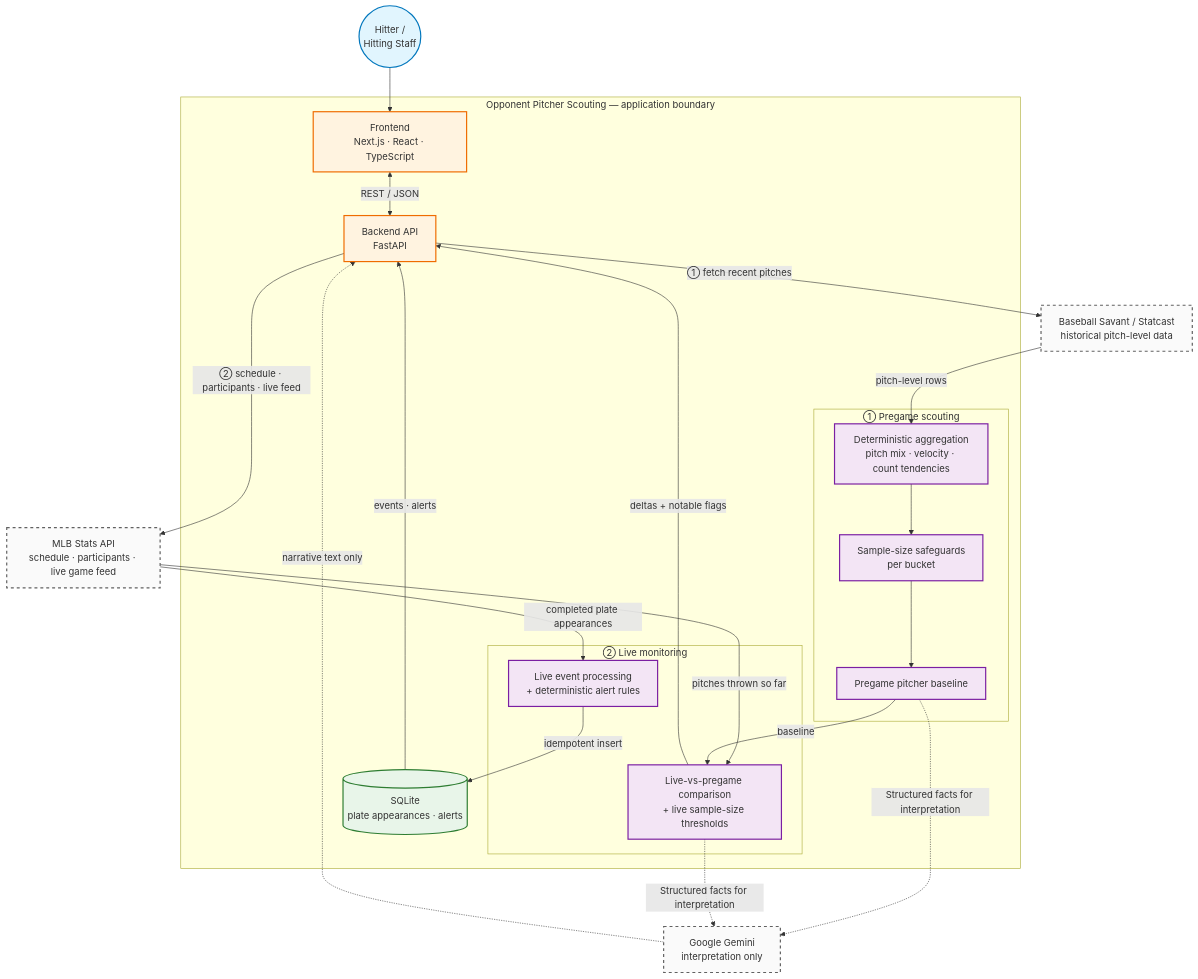
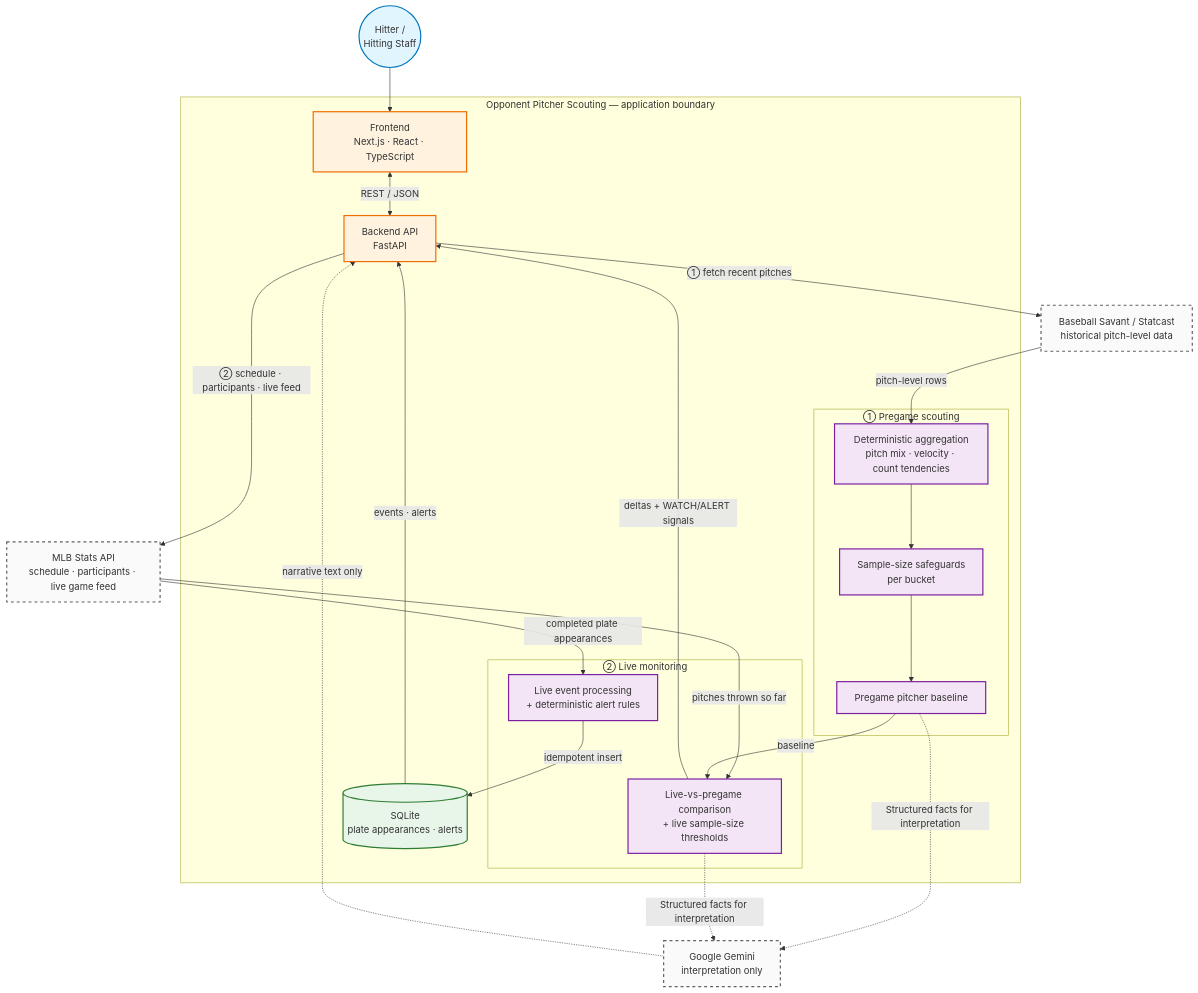
One commit to kaohaohan/opponent-pitcher-scouting changed the diagram in README.md. Above: the diagram before and after it, drawn with Mermaid. The commit also changed other lines of this file, not shown here.

First line of the commit message:
docs: reframe README around the live Player Watch redesign

````diff
--- a/README.md
+++ b/README.md
@@ -49,51 +52,51 @@
 ```mermaid
 flowchart TB
     classDef user fill:#E1F5FE,stroke:#0277BD,stroke-width:2px;
     classDef system fill:#FFF3E0,stroke:#EF6C00,stroke-width:2px;
     classDef logic fill:#F3E5F5,stroke:#7B1FA2,stroke-width:2px;
     classDef data fill:#E8F5E9,stroke:#2E7D32,stroke-width:2px;
     classDef ext fill:#FAFAFA,stroke:#616161,stroke-width:2px,stroke-dasharray: 5 5;
 
     Staff(("Hitter /<br/>Hitting Staff")):::user
 
     subgraph App ["Opponent Pitcher Scouting — application boundary"]
         FE["Frontend<br/>Next.js · React · TypeScript"]:::system
         API["Backend API<br/>FastAPI"]:::system
 
         subgraph Pregame ["① Pregame scouting"]
             AGG["Deterministic aggregation<br/>pitch mix · velocity · count tendencies"]:::logic
             PSS["Sample-size safeguards<br/>per bucket"]:::logic
             BASE["Pregame pitcher baseline"]:::logic
         end
 
         subgraph Live ["② Live monitoring"]
             PROC["Live event processing<br/>+ deterministic alert rules"]:::logic
             CMP["Live-vs-pregame comparison<br/>+ live sample-size thresholds"]:::logic
         end
 
         DB[("SQLite<br/>plate appearances · alerts")]:::data
     end
 
     SAVANT["Baseball Savant / Statcast<br/>historical pitch-level data"]:::ext
     MLB["MLB Stats API<br/>schedule · participants · live game feed"]:::ext
     GEMINI["Google Gemini<br/>interpretation only"]:::ext
 
     Staff --> FE
     FE <-->|"REST / JSON"| API
 
     API -->|"① fetch recent pitches"| SAVANT
     SAVANT -->|"pitch-level rows"| AGG
     AGG --> PSS --> BASE
 
     API -->|"② schedule · participants · live feed"| MLB
     MLB -->|"completed plate appearances"| PROC
     PROC -->|"idempotent insert"| DB
     DB -->|"events · alerts"| API
     MLB -->|"pitches thrown so far"| CMP
     BASE -->|"baseline"| CMP
-    CMP -->|"deltas + notable flags"| API
+    CMP -->|"deltas + WATCH/ALERT signals"| API
 
     BASE -.->|"Structured facts for interpretation"| GEMINI
     CMP -.->|"Structured facts for interpretation"| GEMINI
     GEMINI -.->|"narrative text only"| API
 ```
````
